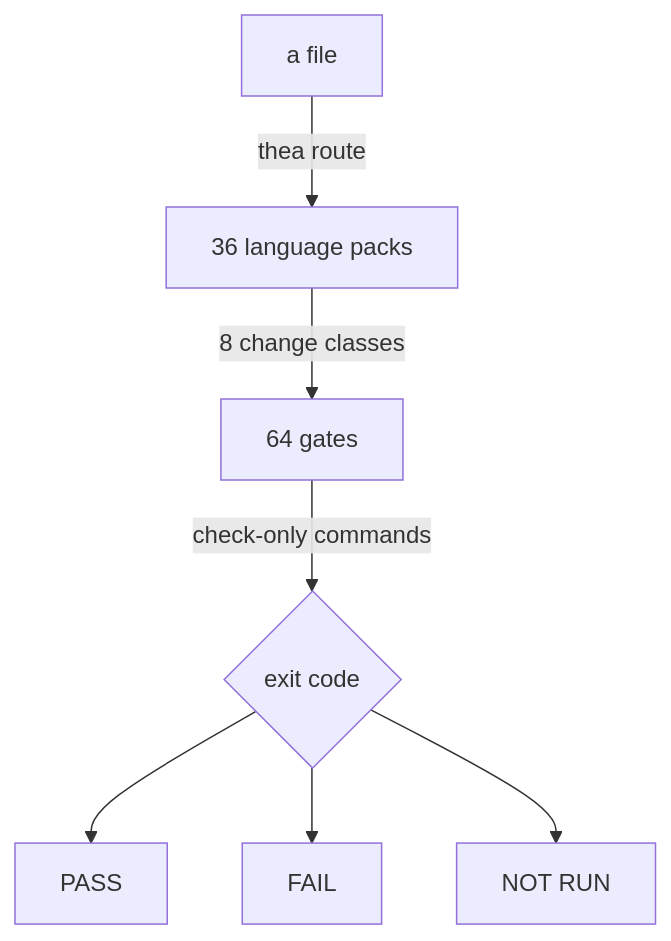
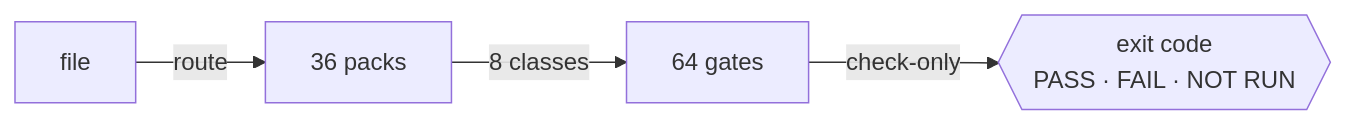
The diagram in README.md (HLIntel/Headron), drawn with Mermaid before and after one commit. The commit also changed other lines of this file and 1 other file, not shown here.

Commit message:
readme: the proof flow is one row, its verdicts in the last node, and its flow as accDescr text
A top-down chart with a three-way fan-out drew five tiers of mostly empty space.
For agents: --json records and the frozen schema are named on the landing page.

````diff
--- a/README.md
+++ b/README.md
@@ -36,7 +36,6 @@
 ```mermaid
-flowchart TD
-  F[a file] -->|thea route| P[36 language packs]
-  P -->|8 change classes| G[64 gates]
-  G -->|check-only commands| V{exit code}
-  V --> PASS & FAIL & NR[NOT RUN]
+flowchart LR
+  accTitle: How Thea proves a change
+  accDescr: file, routed to 1 of 36 language packs, 8 change classes select from 64 gates, each gate runs a check-only command, and its exit code is the verdict PASS, FAIL or NOT RUN
+  F[file] -->|route| P[36 packs] -->|8 classes| G[64 gates] -->|check-only| V{{exit code<br>PASS · FAIL · NOT RUN}}
 ```
````
